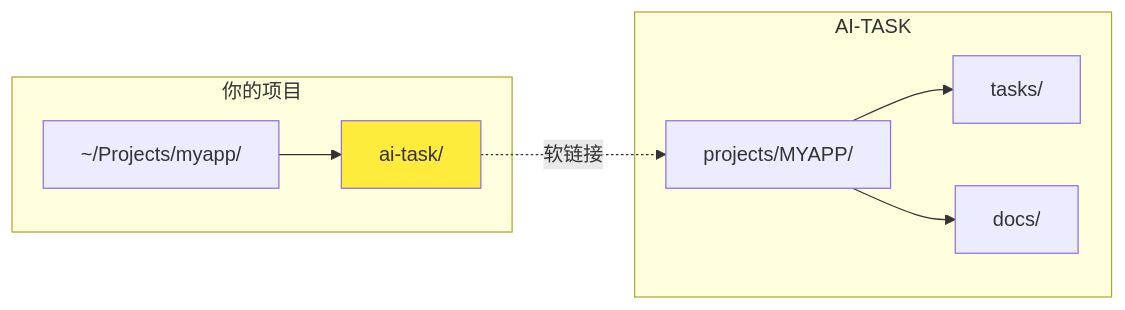
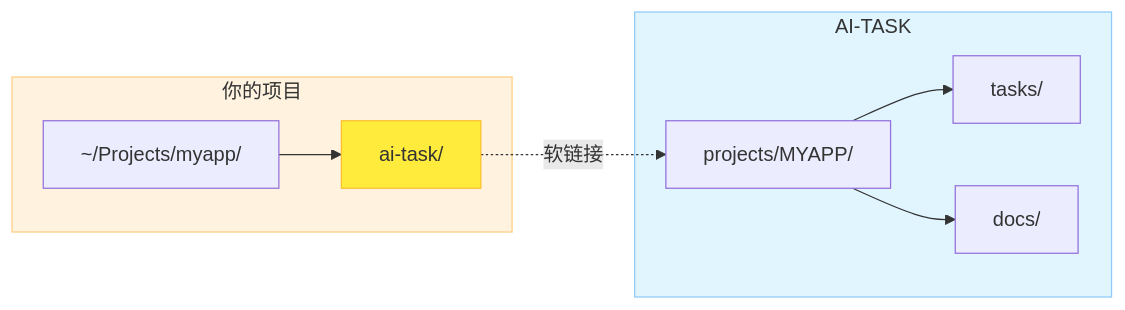
One commit to ArnoFrost/AI-TASK changed the third of 3 diagrams in README.md. Above: the diagram before and after it, drawn with Mermaid. The commit also changed other lines of this file and 12 other files, not shown here.

````diff
--- a/README.md
+++ b/README.md
@@ -279,20 +266,22 @@
 ```mermaid
 flowchart LR
-    subgraph "你的项目"
-        A[~/Projects/myapp/]
-        B[ai-task/]
+    subgraph YOUR_PROJECT["你的项目"]
+        A["~/Projects/myapp/"]
+        B["ai-task/"]
     end
 
-    subgraph "AI-TASK"
-        C[projects/MYAPP/]
-        D[tasks/]
-        E[docs/]
+    subgraph AITASK["AI-TASK"]
+        C["projects/MYAPP/"]
+        D["tasks/"]
+        E["docs/"]
     end
 
     A --> B
-    B -.->|软链接| C
+    B -.->|"软链接"| C
     C --> D
     C --> E
 
-    style B fill:#ffeb3b
+    style YOUR_PROJECT fill:#fff3e0,stroke:#ffcc80
+    style B fill:#ffeb3b,stroke:#fbc02d
+    style AITASK fill:#e1f5fe,stroke:#90caf9
 ```
````
